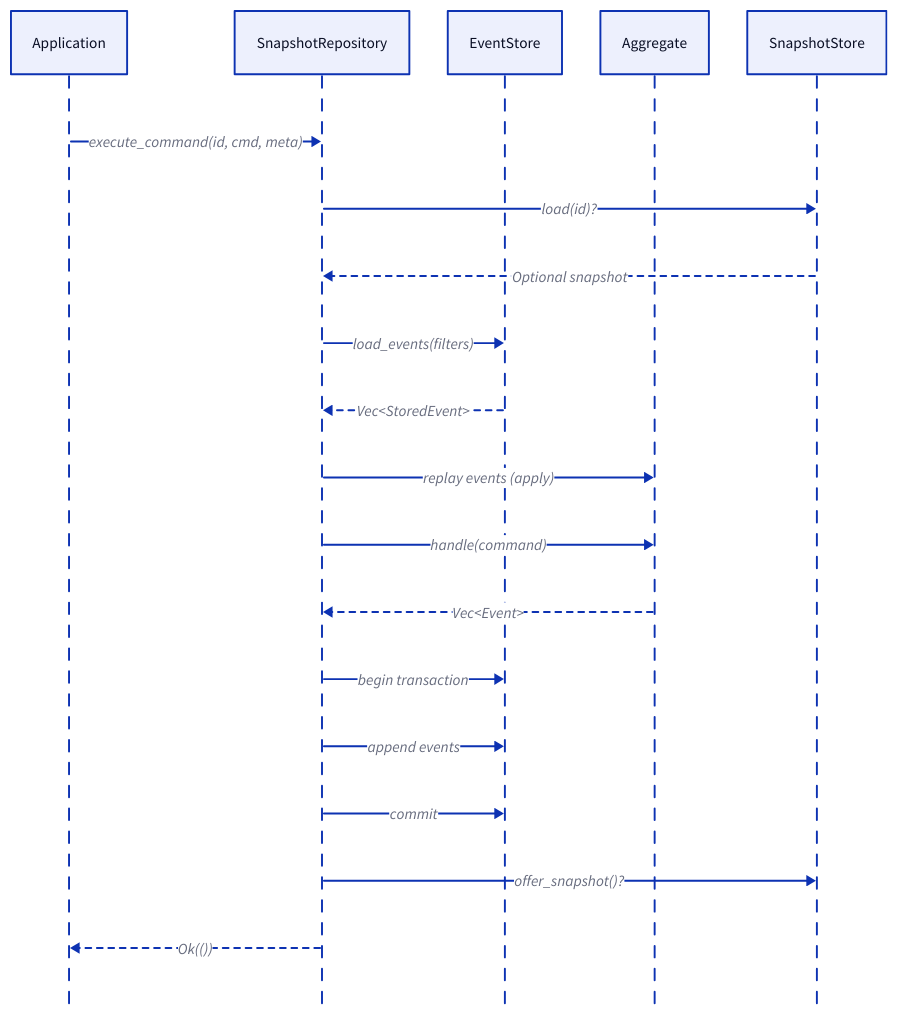
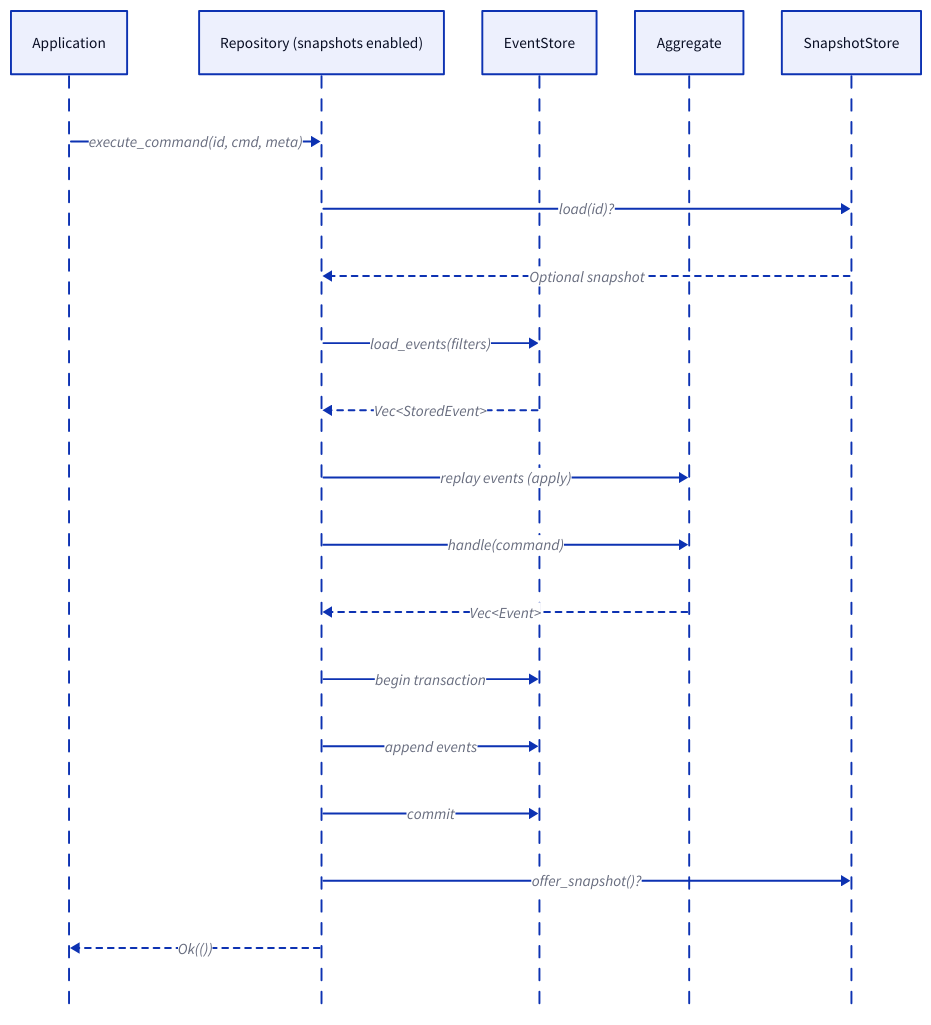
Before and after one commit to danieleades/event-sourcing: the third of 4 diagrams in docs/src/concepts/architecture.md, drawn with D2. The commit also changed other lines of this file and 42 other files, not shown here.

````diff
--- a/docs/src/concepts/architecture.md
+++ b/docs/src/concepts/architecture.md
@@ -64,23 +63,23 @@
 ```d2
 shape: sequence_diagram
 
 App: Application
-Repo: SnapshotRepository
+Repo: Repository (snapshots enabled)
 Store: EventStore
 Agg: Aggregate
 Snap: SnapshotStore
 
 App -> Repo: "execute_command(id, cmd, meta)"
 Repo -> Snap: "load(id)?"
 Snap -> Repo: "Optional snapshot" {style.stroke-dash: 3}
 Repo -> Store: "load_events(filters)"
 Store -> Repo: "Vec<StoredEvent>" {style.stroke-dash: 3}
 Repo -> Agg: "replay events (apply)"
 Repo -> Agg: "handle(command)"
 Agg -> Repo: "Vec<Event>" {style.stroke-dash: 3}
 Repo -> Store: "begin transaction"
 Repo -> Store: "append events"
 Repo -> Store: "commit"
 Repo -> Snap: "offer_snapshot()?"
 Repo -> App: "Ok(())" {style.stroke-dash: 3}
 ```
````
